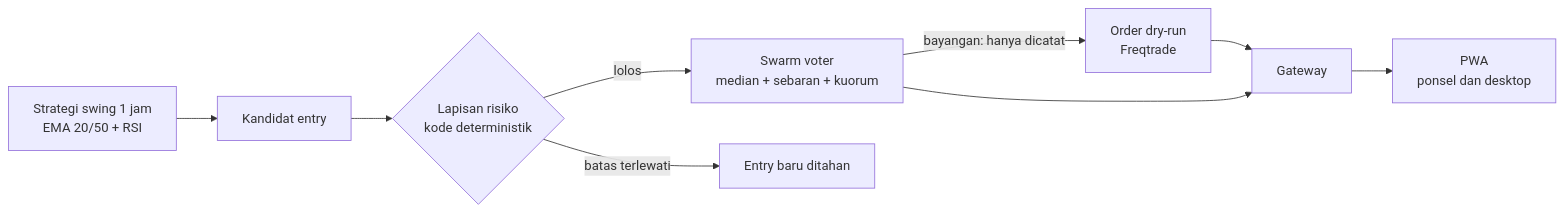
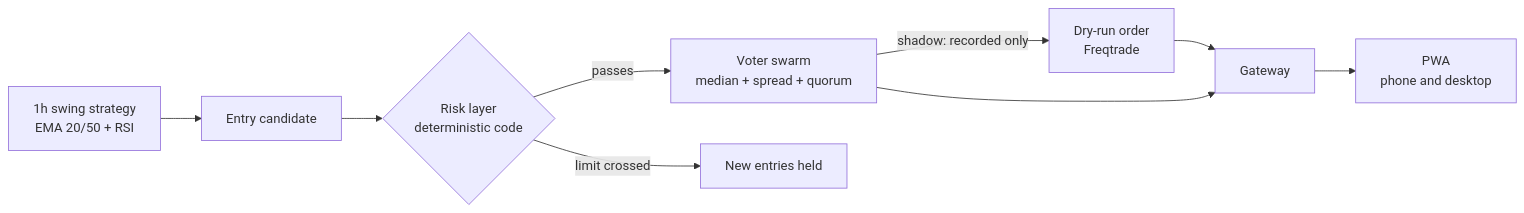
Before and after one commit to tickernelz/trading-bot: the diagram in README.md, drawn with Mermaid. The commit also changed other lines of this file and 17 other files, not shown here.

````diff
--- a/README.md
+++ b/README.md
@@ -38,11 +38,11 @@
 ```mermaid
 flowchart LR
-    S[Strategi swing 1 jam\nEMA 20/50 + RSI] --> C[Kandidat entry]
-    C --> R{Lapisan risiko\nkode deterministik}
-    R -- lolos --> W[Swarm voter\nmedian + sebaran + kuorum]
-    W -- bayangan: hanya dicatat --> O[Order dry-run\nFreqtrade]
-    R -- batas terlewati --> X[Entry baru ditahan]
+    S[1h swing strategy\nEMA 20/50 + RSI] --> C[Entry candidate]
+    C --> R{Risk layer\ndeterministic code}
+    R -- passes --> W[Voter swarm\nmedian + spread + quorum]
+    W -- shadow: recorded only --> O[Dry-run order\nFreqtrade]
+    R -- limit crossed --> X[New entries held]
     O --> G[Gateway]
     W --> G
-    G --> P[PWA\nponsel dan desktop]
+    G --> P[PWA\nphone and desktop]
 ```
````
